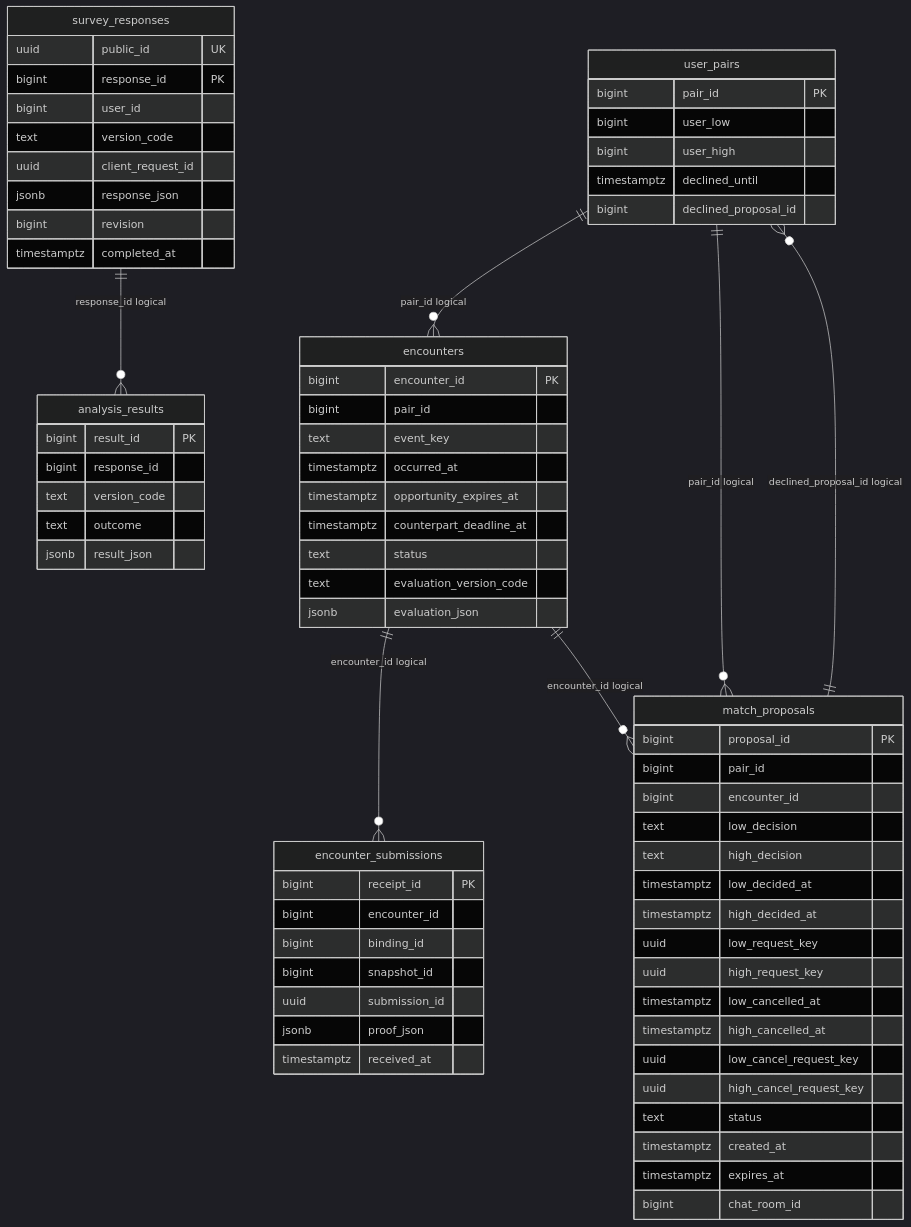
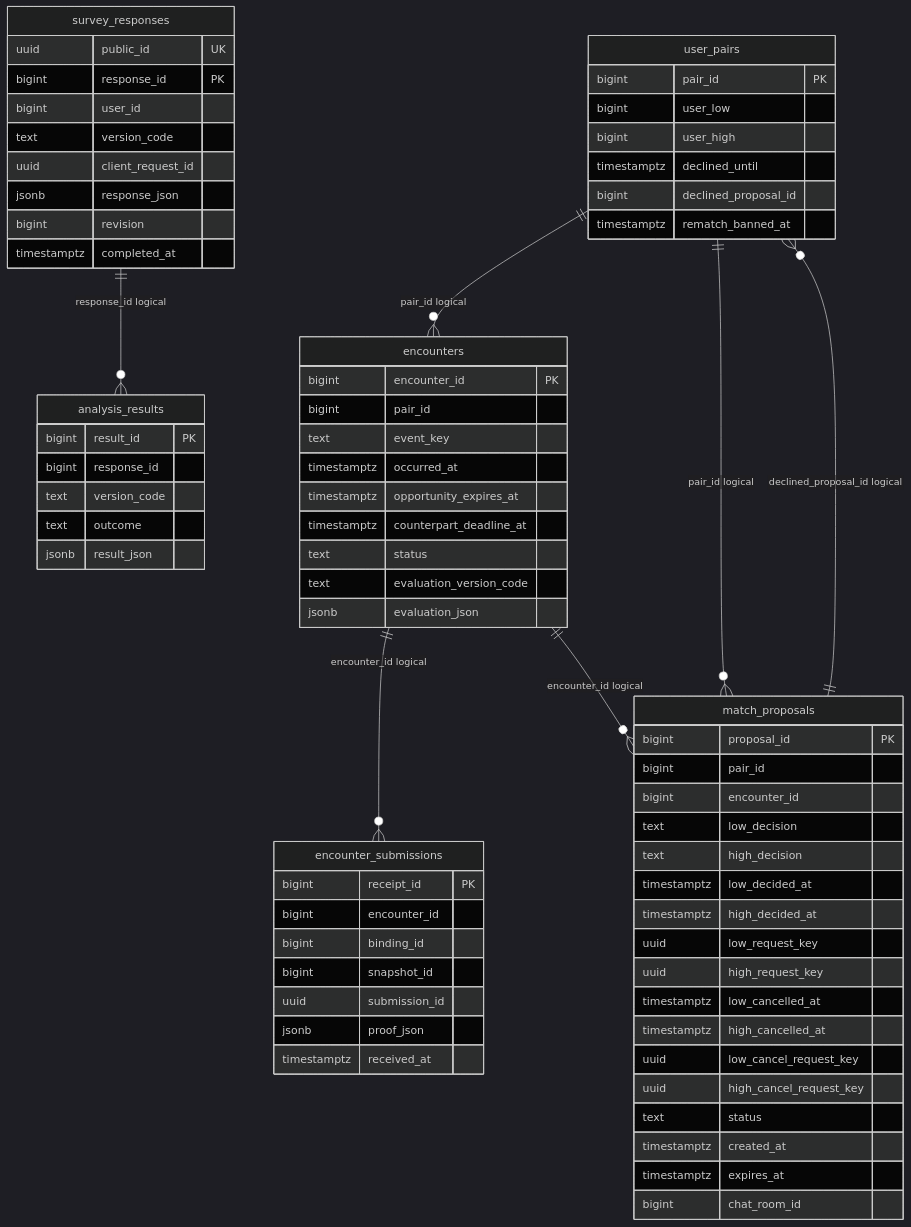
One commit to j-moo/Tingle changed the diagram in docs/database/erd-3.mmd. Above: the diagram before and after it, drawn with Mermaid (dark theme). The commit also changed 11 other files, not shown here.

Commit message:
docs: 저장소 ERD 문서를 ERDCloud 최신본(25개 테이블·185개 컬럼)에 동기화

```diff
--- a/docs/database/erd-3.mmd
+++ b/docs/database/erd-3.mmd
@@ -1,70 +1,71 @@
 erDiagram
     survey_responses {
         uuid public_id UK
         bigint response_id PK
         bigint user_id
         text version_code
         uuid client_request_id
         jsonb response_json
         bigint revision
         timestamptz completed_at
     }
     analysis_results {
         bigint result_id PK
         bigint response_id
         text version_code
         text outcome
         jsonb result_json
     }
     user_pairs {
         bigint pair_id PK
         bigint user_low
         bigint user_high
         timestamptz declined_until
         bigint declined_proposal_id
+        timestamptz rematch_banned_at
     }
     encounters {
         bigint encounter_id PK
         bigint pair_id
         text event_key
         timestamptz occurred_at
         timestamptz opportunity_expires_at
         timestamptz counterpart_deadline_at
         text status
         text evaluation_version_code
         jsonb evaluation_json
     }
     encounter_submissions {
         bigint receipt_id PK
         bigint encounter_id
         bigint binding_id
         bigint snapshot_id
         uuid submission_id
         jsonb proof_json
         timestamptz received_at
     }
     match_proposals {
         bigint proposal_id PK
         bigint pair_id
         bigint encounter_id
         text low_decision
         text high_decision
         timestamptz low_decided_at
         timestamptz high_decided_at
         uuid low_request_key
         uuid high_request_key
         timestamptz low_cancelled_at
         timestamptz high_cancelled_at
         uuid low_cancel_request_key
         uuid high_cancel_request_key
         text status
         timestamptz created_at
         timestamptz expires_at
         bigint chat_room_id
     }
     survey_responses ||--o{ analysis_results : "response_id logical"
     match_proposals ||--o{ user_pairs : "declined_proposal_id logical"
     user_pairs ||--o{ encounters : "pair_id logical"
     encounters ||--o{ encounter_submissions : "encounter_id logical"
     user_pairs ||--o{ match_proposals : "pair_id logical"
     encounters ||--o{ match_proposals : "encounter_id logical"
```
